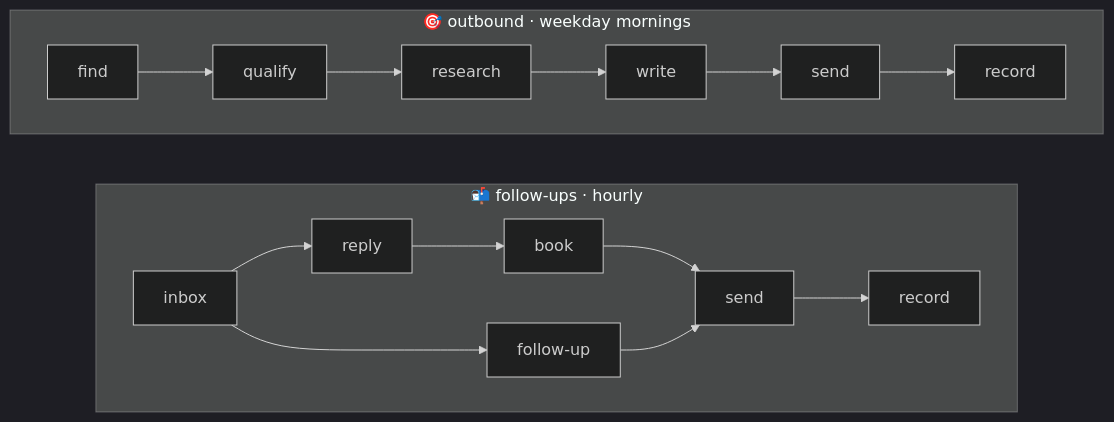
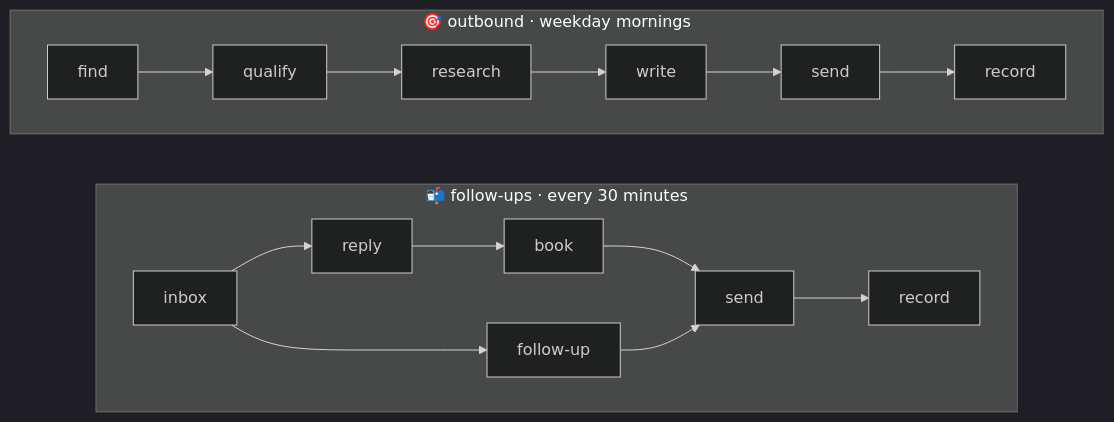
The first of 2 diagrams in README.md (o11-ai/ostack), drawn with Mermaid (dark theme) before and after one commit. The commit also changed other lines of this file and 77 other files, not shown here.

````diff
--- a/README.md
+++ b/README.md
@@ -80,13 +82,13 @@
 ```mermaid
 flowchart TB
   subgraph O["🎯 outbound · weekday mornings"]
     direction LR
     find --> qualify --> research --> write --> send1["send"] --> record1["record"]
   end
-  subgraph F["📬 follow-ups · hourly"]
+  subgraph F["📬 follow-ups · every 30 minutes"]
     direction LR
     inbox --> reply --> book --> send2["send"] --> record2["record"]
     inbox --> followup["follow-up"] --> send2
   end
   O ~~~ F
 ```
````
